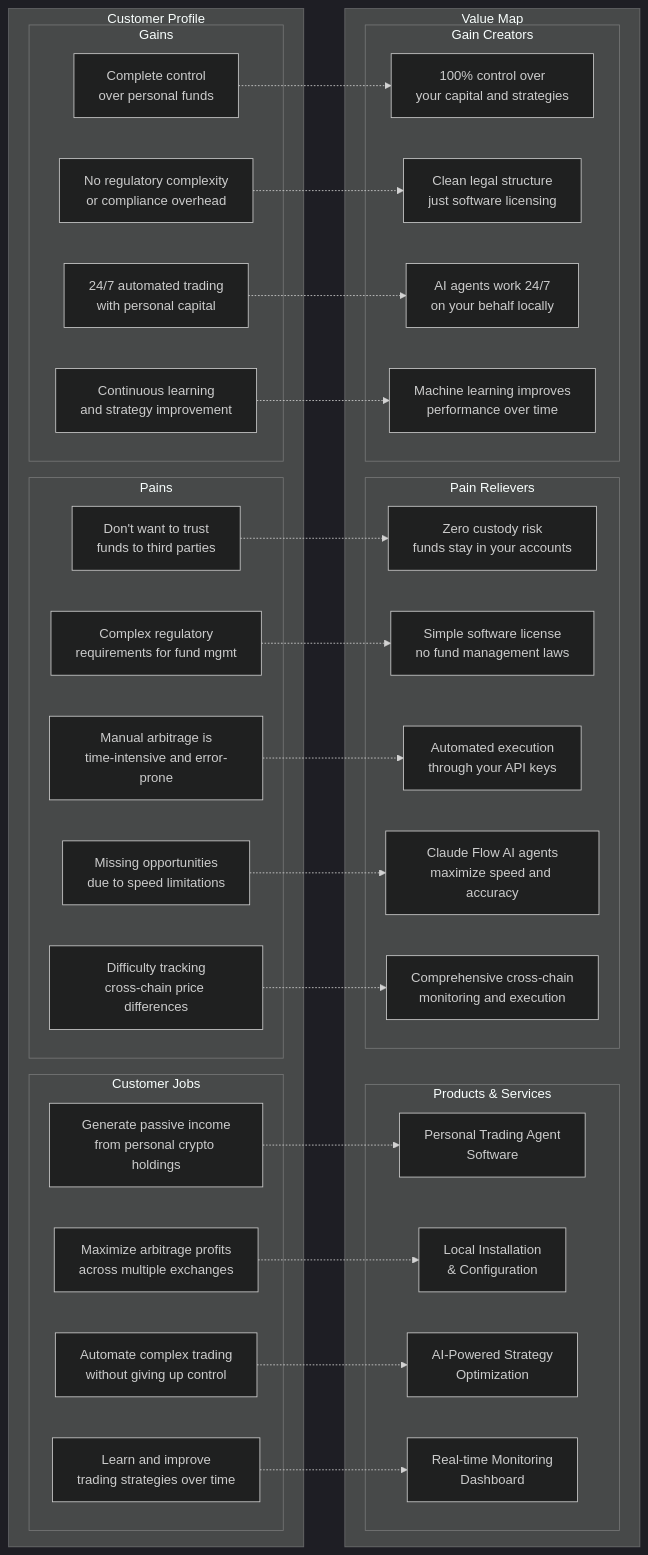
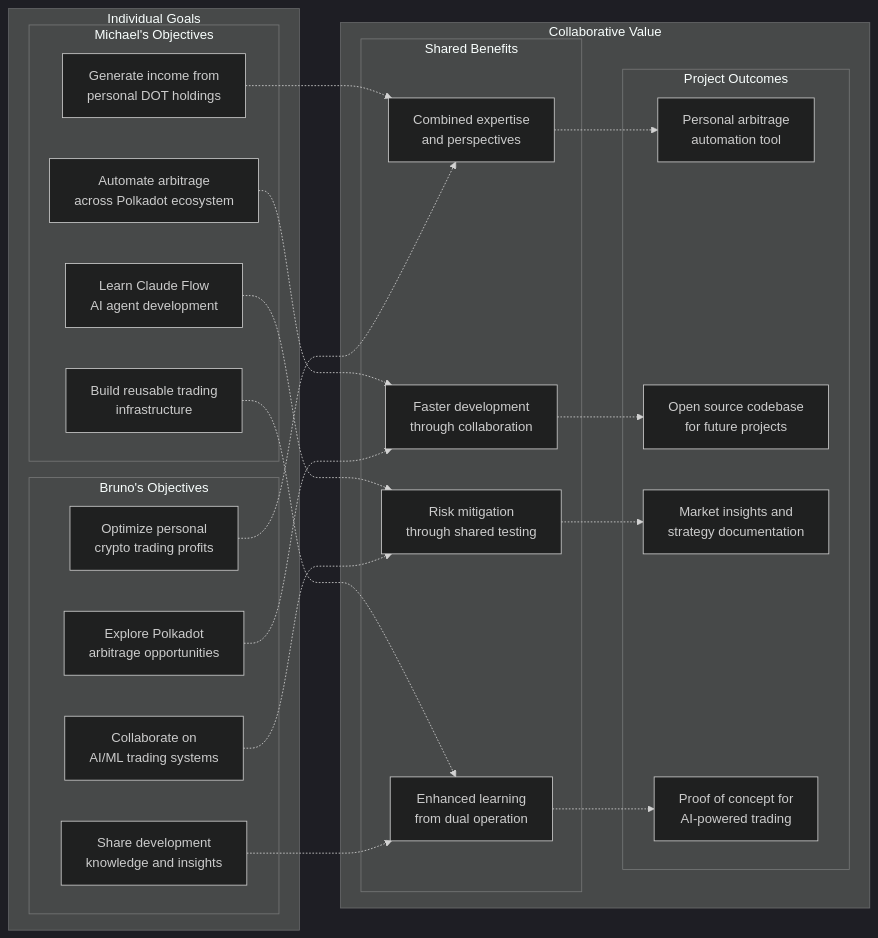
One commit to michaeloboyle/brainstorm-collaboration changed the fourth of 22 diagrams in ideas/polkadot-arbitrage-system.md. Above: the diagram before and after it, drawn with Mermaid (dark theme). The commit also changed other lines of this file, not shown here.

````diff
--- a/ideas/polkadot-arbitrage-system.md
+++ b/ideas/polkadot-arbitrage-system.md
@@ -164,64 +138,47 @@
 ```mermaid
 graph LR
-    subgraph "Customer Profile"
-        subgraph "Customer Jobs"
-            CJ1[Generate passive income<br/>from personal crypto holdings]
-            CJ2[Maximize arbitrage profits<br/>across multiple exchanges]
-            CJ3[Automate complex trading<br/>without giving up control]
-            CJ4[Learn and improve<br/>trading strategies over time]
+    subgraph "Individual Goals"
+        subgraph "Michael's Objectives"
+            M1[Generate income from<br/>personal DOT holdings]
+            M2[Automate arbitrage<br/>across Polkadot ecosystem]
+            M3[Learn Claude Flow<br/>AI agent development]
+            M4[Build reusable trading<br/>infrastructure]
         end
 
-        subgraph "Pains"
-            P1[Don't want to trust<br/>funds to third parties]
-            P2[Complex regulatory<br/>requirements for fund mgmt]
-            P3[Manual arbitrage is<br/>time-intensive and error-prone]
-            P4[Missing opportunities<br/>due to speed limitations]
-            P5[Difficulty tracking<br/>cross-chain price differences]
-        end
-
-        subgraph "Gains"
-            G1[Complete control<br/>over personal funds]
-            G2[No regulatory complexity<br/>or compliance overhead]
-            G3[24/7 automated trading<br/>with personal capital]
-            G4[Continuous learning<br/>and strategy improvement]
+        subgraph "Bruno's Objectives"
+            B1[Optimize personal<br/>crypto trading profits]
+            B2[Explore Polkadot<br/>arbitrage opportunities]
+            B3[Collaborate on<br/>AI/ML trading systems]
+            B4[Share development<br/>knowledge and insights]
         end
     end
 
-    subgraph "Value Map"
-        subgraph "Products & Services"
-            PS1[Personal Trading Agent<br/>Software]
-            PS2[Local Installation<br/>& Configuration]
-            PS3[AI-Powered Strategy<br/>Optimization]
-            PS4[Real-time Monitoring<br/>Dashboard]
+    subgraph "Collaborative Value"
+        subgraph "Shared Benefits"
+            SB1[Combined expertise<br/>and perspectives]
+            SB2[Faster development<br/>through collaboration]
+            SB3[Risk mitigation<br/>through shared testing]
+            SB4[Enhanced learning<br/>from dual operation]
         end
 
-        subgraph "Pain Relievers"
-            PR1[Zero custody risk<br/>funds stay in your accounts]
-            PR2[Simple software license<br/>no fund management laws]
-            PR3[Automated execution<br/>through your API keys]
-            PR4[Claude Flow AI agents<br/>maximize speed and accuracy]
-            PR5[Comprehensive cross-chain<br/>monitoring and execution]
-        end
-
-        subgraph "Gain Creators"
-            GC1[100% control over<br/>your capital and strategies]
-            GC2[Clean legal structure<br/>just software licensing]
-            GC3[AI agents work 24/7<br/>on your behalf locally]
-            GC4[Machine learning improves<br/>performance over time]
+        subgraph "Project Outcomes"
+            PO1[Personal arbitrage<br/>automation tool]
+            PO2[Open source codebase<br/>for future projects]
+            PO3[Market insights and<br/>strategy documentation]
+            PO4[Proof of concept for<br/>AI-powered trading]
         end
     end
 
-    CJ1 -.-> PS1
-    CJ2 -.-> PS2
-    CJ3 -.-> PS3
-    CJ4 -.-> PS4
-    P1 -.-> PR1
-    P2 -.-> PR2
-    P3 -.-> PR3
-    P4 -.-> PR4
-    P5 -.-> PR5
-    G1 -.-> GC1
-    G2 -.-> GC2
-    G3 -.-> GC3
-    G4 -.-> GC4
+    M1 -.-> SB1
+    M2 -.-> SB2
+    M3 -.-> SB3
+    M4 -.-> SB4
+    B1 -.-> SB1
+    B2 -.-> SB2
+    B3 -.-> SB3
+    B4 -.-> SB4
+    SB1 -.-> PO1
+    SB2 -.-> PO2
+    SB3 -.-> PO3
+    SB4 -.-> PO4
 ```
````
